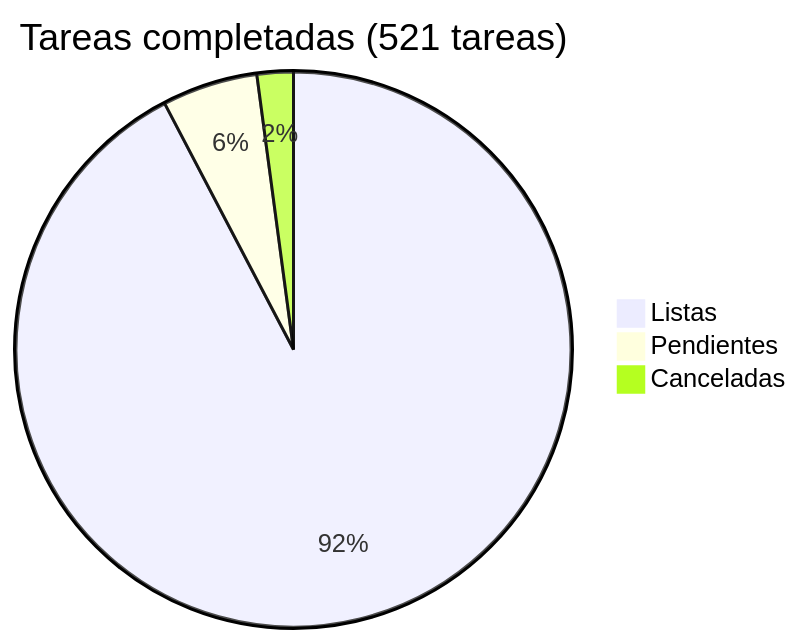
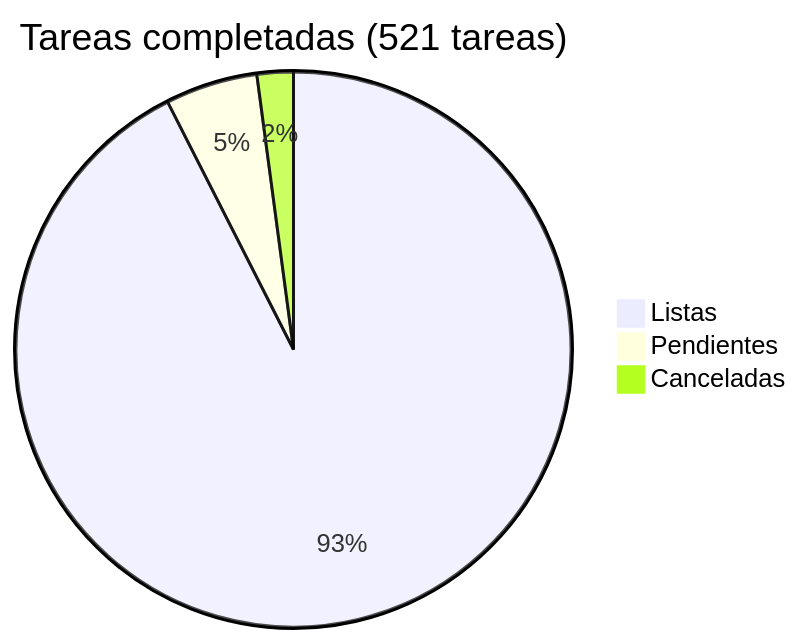
The diagram in docs/roadmap/README.md (araguaney-lat/araguaney), drawn with Mermaid before and after one commit. The commit also changed other lines of this file and 1 other file, not shown here.

Commit message:
docs: close phase 30 task 6, recovery codes stored in a password manager

````diff
--- a/docs/roadmap/README.md
+++ b/docs/roadmap/README.md
@@ -5,6 +5,6 @@
 ```mermaid
 pie title Tareas completadas (521 tareas)
-    "Listas" : 481
-    "Pendientes" : 29
+    "Listas" : 482
+    "Pendientes" : 28
     "Canceladas" : 11
 ```
````
